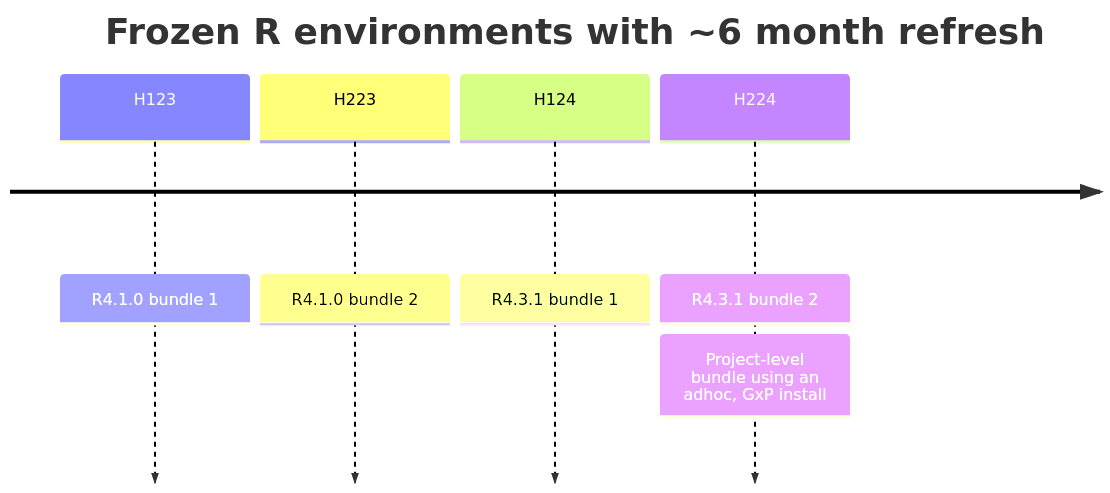
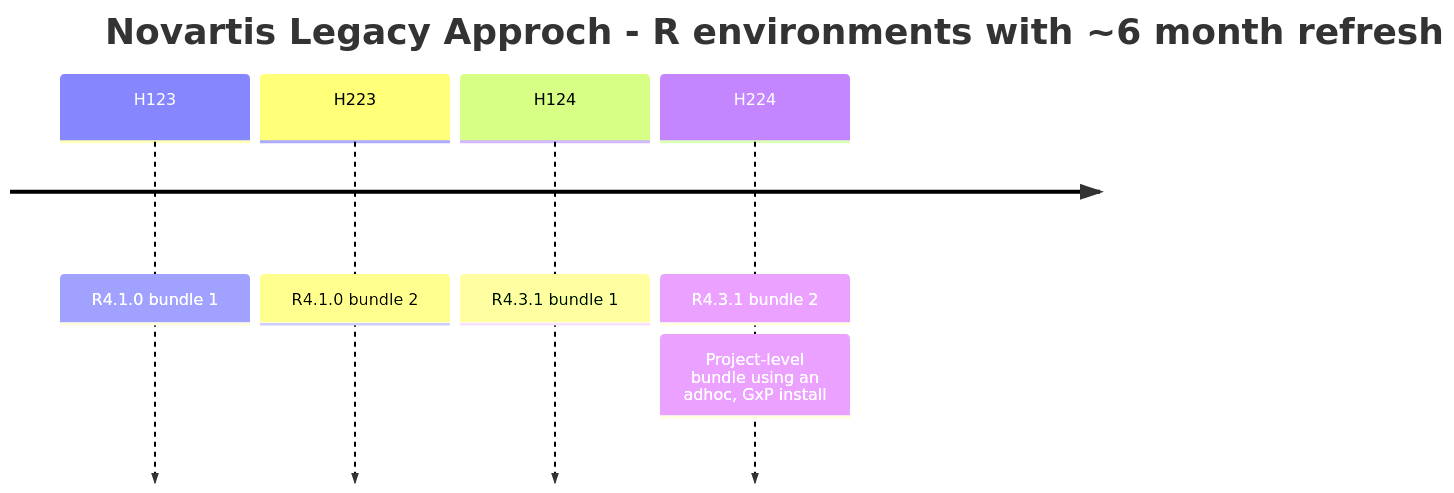
One commit to posit-conf-2025/reproducible-environments changed the diagram in presentation/sections/03-requirements.qmd. Above: the diagram before and after it, drawn with Mermaid. The commit also changed other lines of this file and 1 other file, not shown here.

````diff
--- a/presentation/sections/03-requirements.qmd
+++ b/presentation/sections/03-requirements.qmd
@@ -60,10 +60,10 @@
 ```{mermaid}
 %%| echo: false
 timeline
-    title Frozen R environments with ~6 month refresh
+    title Novartis Legacy Approch -  R environments with ~6 month refresh
     H123 : R4.1.0 bundle 1
     H223 : R4.1.0 bundle 2
     H124 : R4.3.1 bundle 1
     H224 : R4.3.1 bundle 2
          : Project-level bundle using an adhoc, GxP install
 ```
````
